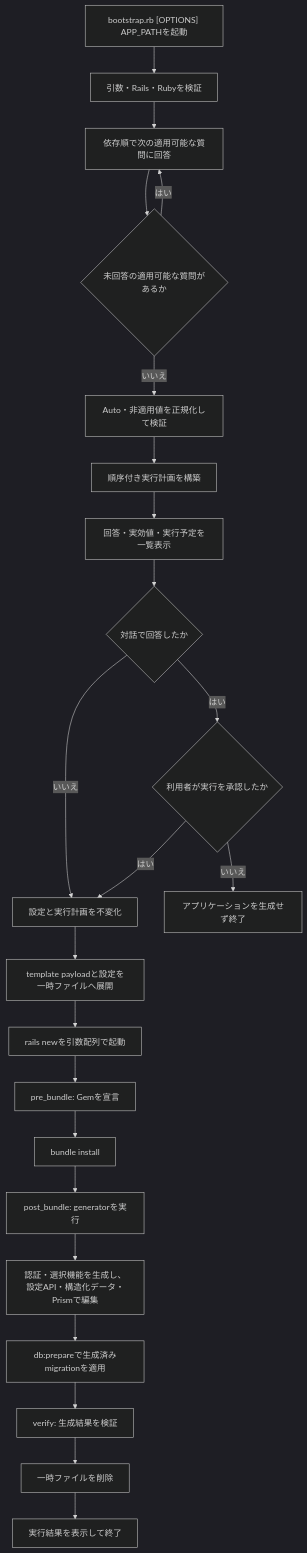
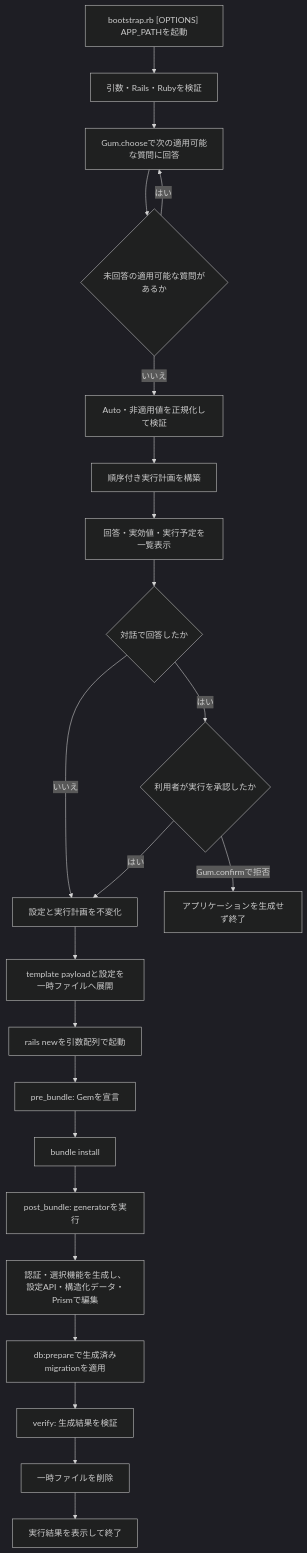
Before and after one commit to supermomonga/rapid-rails-template: the diagram in docs/template-flow.md, drawn with Mermaid (dark theme). The commit also changed other lines of this file and 14 other files, not shown here.

````diff
--- a/docs/template-flow.md
+++ b/docs/template-flow.md
@@ -5,25 +5,25 @@
 ```mermaid
 flowchart TD
     A["bootstrap.rb [OPTIONS] APP_PATHを起動"] --> B["引数・Rails・Rubyを検証"]
-    B --> C["依存順で次の適用可能な質問に回答"]
+    B --> C["Gum.chooseで次の適用可能な質問に回答"]
     C --> D{"未回答の適用可能な質問があるか"}
     D -->|はい| C
     D -->|いいえ| E["Auto・非適用値を正規化して検証"]
     E --> F["順序付き実行計画を構築"]
     F --> G["回答・実効値・実行予定を一覧表示"]
     G --> H{"対話で回答したか"}
     H -->|いいえ| J["設定と実行計画を不変化"]
     H -->|はい| I{"利用者が実行を承認したか"}
-    I -->|いいえ| T["アプリケーションを生成せず終了"]
+    I -->|Gum.confirmで拒否| T["アプリケーションを生成せず終了"]
     I -->|はい| J
     J --> K["template payloadと設定を一時ファイルへ展開"]
     K --> L["rails newを引数配列で起動"]
     L --> M["pre_bundle: Gemを宣言"]
     M --> N["bundle install"]
     N --> O["post_bundle: generatorを実行"]
     O --> P["認証・選択機能を生成し、設定API・構造化データ・Prismで編集"]
     P --> Q["db:prepareで生成済みmigrationを適用"]
     Q --> U["verify: 生成結果を検証"]
     U --> R["一時ファイルを削除"]
     R --> S["実行結果を表示して終了"]
 ```
````
